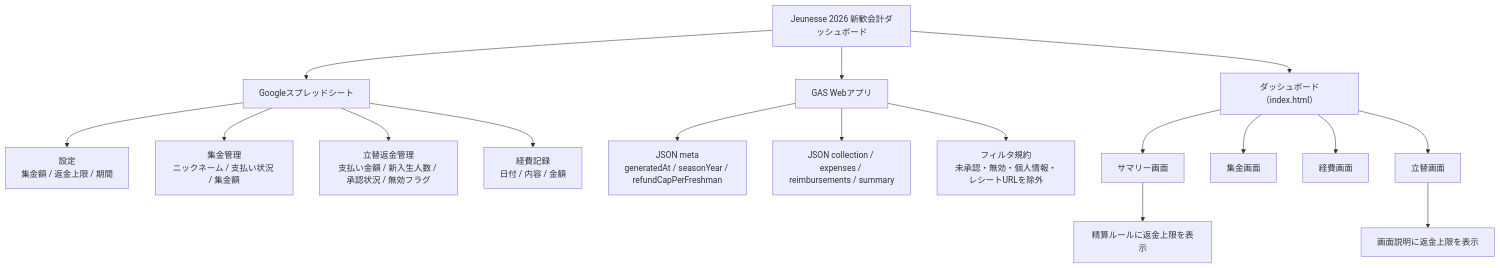
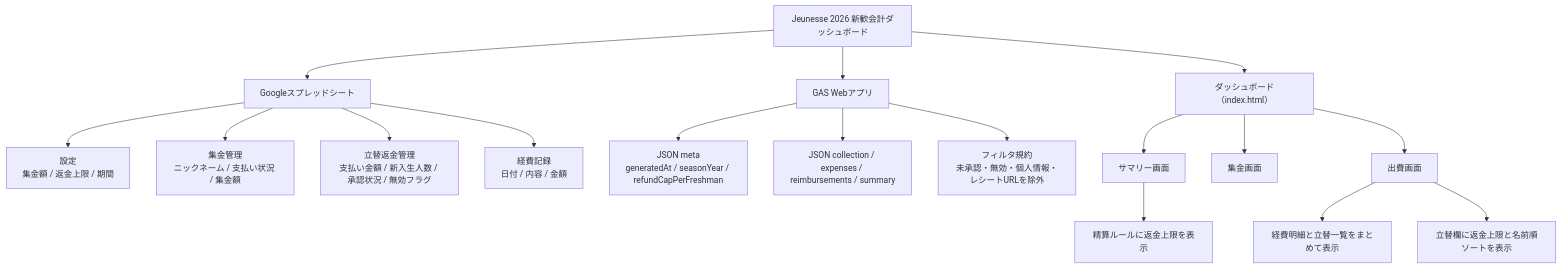
One commit to IshizukaHiroto/Jeunesse2026OrientationAccounting changed the diagram in docs/diagrams/system-tree.mmd. Above: the diagram before and after it, drawn with Mermaid. The commit also changed 13 other files, not shown here.

```diff
--- a/docs/diagrams/system-tree.mmd
+++ b/docs/diagrams/system-tree.mmd
@@ -1,20 +1,20 @@
 flowchart TD
   ROOT["Jeunesse 2026 新歓会計ダッシュボード"] --> SS["Googleスプレッドシート"]
   ROOT --> GAS["GAS Webアプリ"]
   ROOT --> WEB["ダッシュボード（index.html）"]
 
   SS --> SS1["設定<br/>集金額 / 返金上限 / 期間"]
   SS --> SS2["集金管理<br/>ニックネーム / 支払い状況 / 集金額"]
   SS --> SS3["立替返金管理<br/>支払い金額 / 新入生人数 / 承認状況 / 無効フラグ"]
   SS --> SS4["経費記録<br/>日付 / 内容 / 金額"]
 
   GAS --> J1["JSON meta<br/>generatedAt / seasonYear / refundCapPerFreshman"]
   GAS --> J2["JSON collection / expenses / reimbursements / summary"]
   GAS --> J3["フィルタ規約<br/>未承認・無効・個人情報・レシートURLを除外"]
 
   WEB --> V1["サマリー画面"]
   WEB --> V2["集金画面"]
-  WEB --> V3["経費画面"]
-  WEB --> V4["立替画面"]
+  WEB --> V3["出費画面"]
   V1 --> V1A["精算ルールに返金上限を表示"]
-  V4 --> V4A["画面説明に返金上限を表示"]
+  V3 --> V3A["経費明細と立替一覧をまとめて表示"]
+  V3 --> V3B["立替欄に返金上限と名前順ソートを表示"]
```
